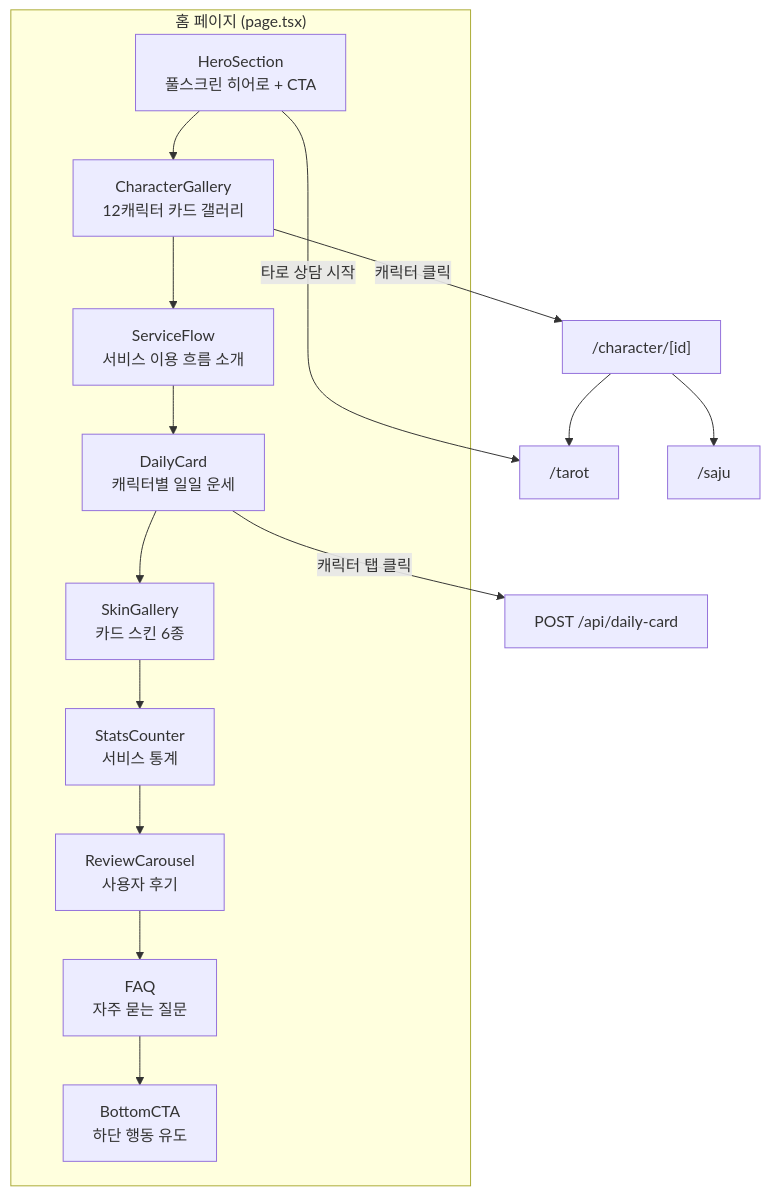
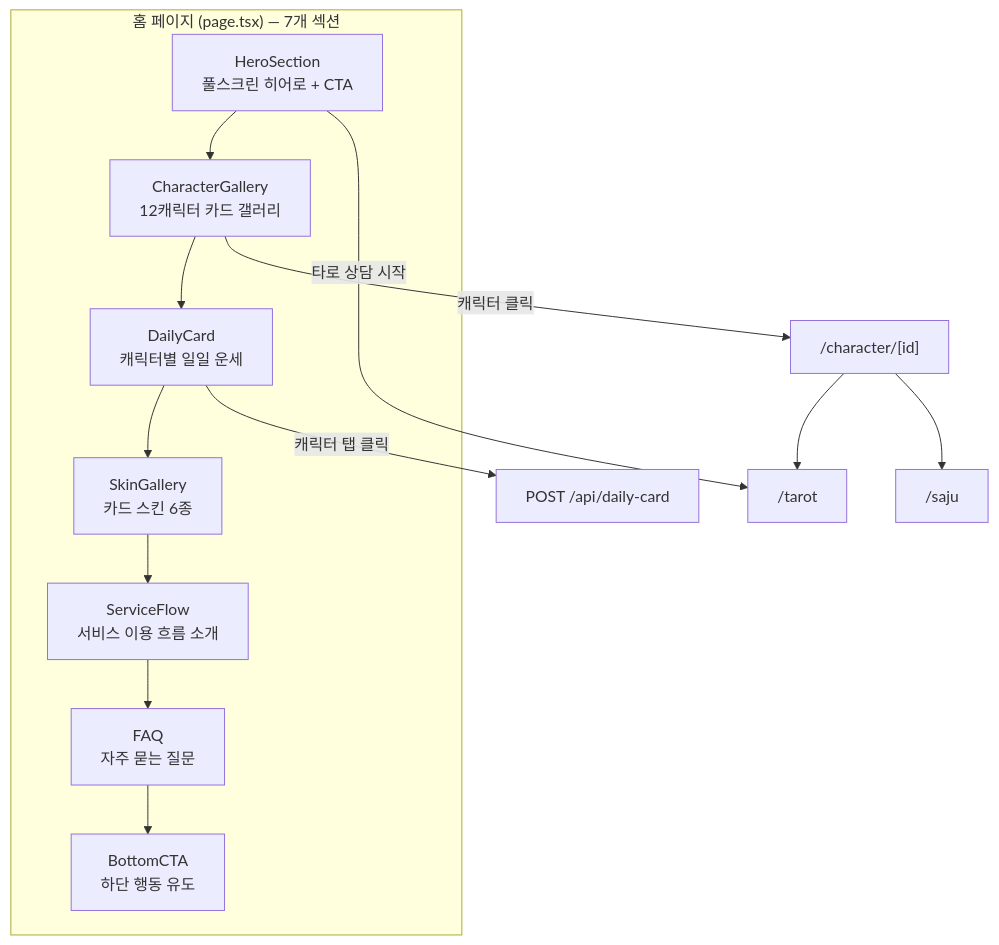
Before and after one commit to xzawed/ArcanaInsight: the tenth of 11 diagrams in process.md, drawn with Mermaid. The commit also changed 2 other files, not shown here.

````diff
--- a/process.md
+++ b/process.md
@@ -404,21 +404,19 @@
 ```mermaid
 flowchart TD
-    subgraph HomePage["홈 페이지 (page.tsx)"]
+    subgraph HomePage["홈 페이지 (page.tsx) — 7개 섹션"]
         H1["HeroSection<br/>풀스크린 히어로 + CTA"]
         H2["CharacterGallery<br/>12캐릭터 카드 갤러리"]
-        H3["ServiceFlow<br/>서비스 이용 흐름 소개"]
-        H4["DailyCard<br/>캐릭터별 일일 운세"]
-        H5["SkinGallery<br/>카드 스킨 6종"]
-        H6["StatsCounter<br/>서비스 통계"]
-        H7["ReviewCarousel<br/>사용자 후기"]
-        H8["FAQ<br/>자주 묻는 질문"]
-        H9["BottomCTA<br/>하단 행동 유도"]
+        H3["DailyCard<br/>캐릭터별 일일 운세"]
+        H4["SkinGallery<br/>카드 스킨 6종"]
+        H5["ServiceFlow<br/>서비스 이용 흐름 소개"]
+        H6["FAQ<br/>자주 묻는 질문"]
+        H7["BottomCTA<br/>하단 행동 유도"]
 
-        H1 --> H2 --> H3 --> H4 --> H5 --> H6 --> H7 --> H8 --> H9
+        H1 --> H2 --> H3 --> H4 --> H5 --> H6 --> H7
     end
 
     H1 --> |"타로 상담 시작"| TAROT["/tarot"]
-    H4 --> |"캐릭터 탭 클릭"| DAILY_API["POST /api/daily-card"]
+    H3 --> |"캐릭터 탭 클릭"| DAILY_API["POST /api/daily-card"]
     H2 --> |"캐릭터 클릭"| CHAR["/character/[id]"]
     CHAR --> TAROT & SAJU["/saju"]
 ```
````
